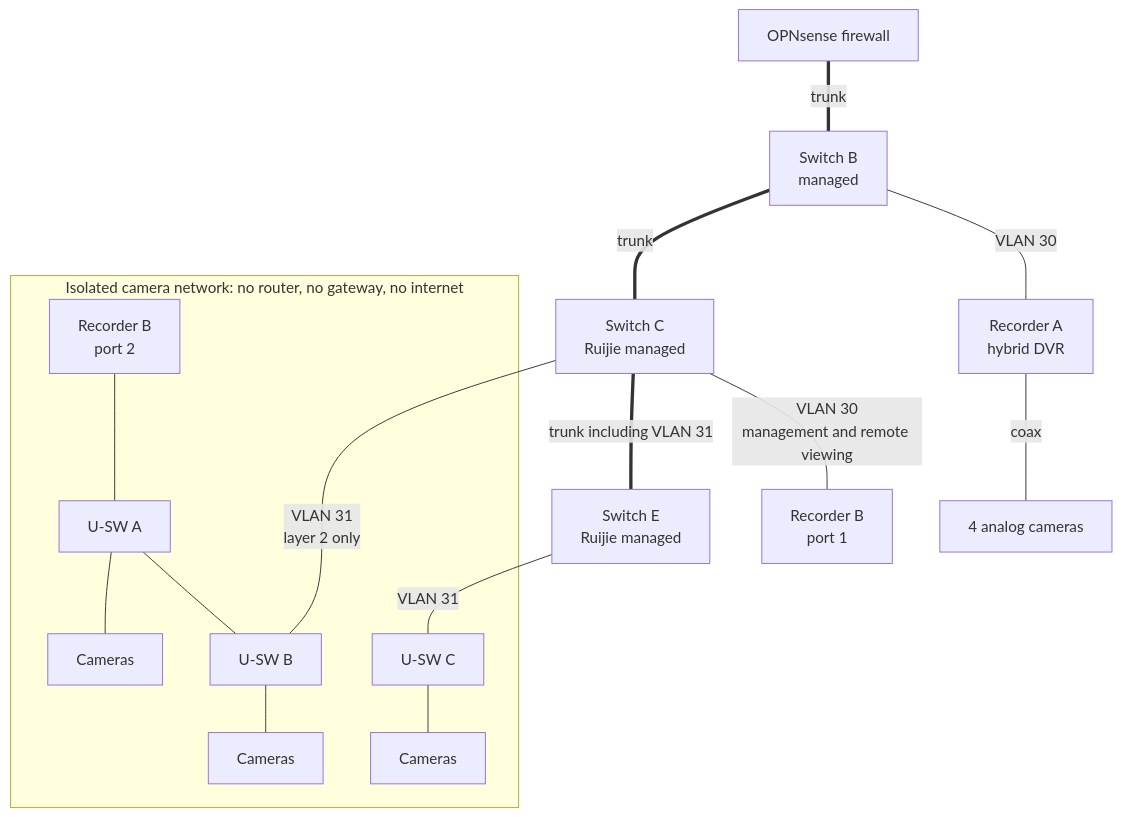
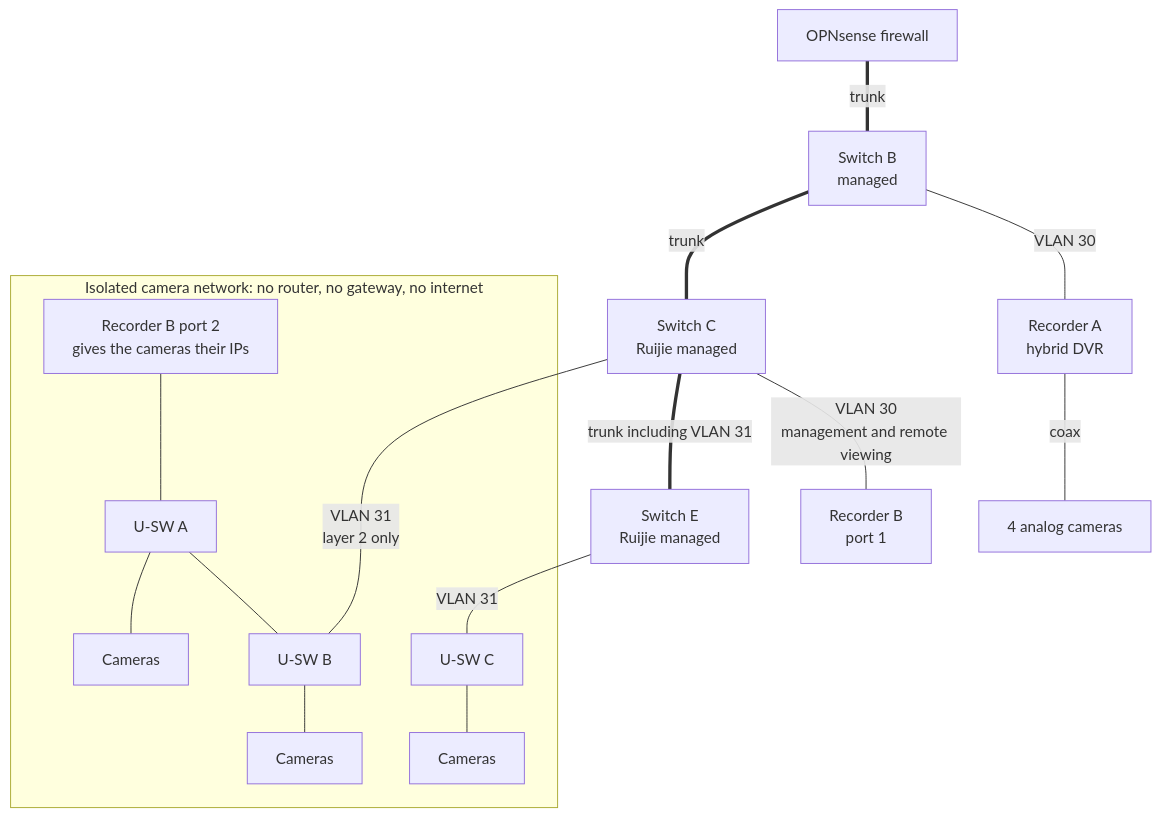
Before and after one commit to monir-IT/it-infrastructure-portfolio: the second of 2 diagrams in 03-cctv-surveillance/README.md, drawn with Mermaid. The commit also changed other lines of this file and 8 other files, not shown here.

````diff
--- a/03-cctv-surveillance/README.md
+++ b/03-cctv-surveillance/README.md
@@ -51,24 +51,24 @@
 ```mermaid
 flowchart TB
     FW["OPNsense firewall"] ===|trunk| SWB["Switch B<br/>managed"]
     SWB ---|"VLAN 30"| RA["Recorder A<br/>hybrid DVR"]
     RA ---|coax| AC["4 analog cameras"]
     SWB ===|trunk| SWC["Switch C<br/>Ruijie managed"]
     SWC ---|"VLAN 30<br/>management and remote viewing"| N1["Recorder B<br/>port 1"]
     SWC ===|"trunk including VLAN 31"| SWE["Switch E<br/>Ruijie managed"]
 
     subgraph CAMNET["Isolated camera network: no router, no gateway, no internet"]
-        N2["Recorder B<br/>port 2"]
+        N2["Recorder B port 2<br/>gives the cameras their IPs"]
         USWA["U-SW A"]
         USWB["U-SW B"]
         USWC["U-SW C"]
         N2 --- USWA
         USWA --- USWB
         USWA --- CA2["Cameras"]
         USWB --- CB2["Cameras"]
         USWC --- CC2["Cameras"]
     end
 
     SWC ---|"VLAN 31<br/>layer 2 only"| USWB
     SWE ---|"VLAN 31"| USWC
 ```
````
